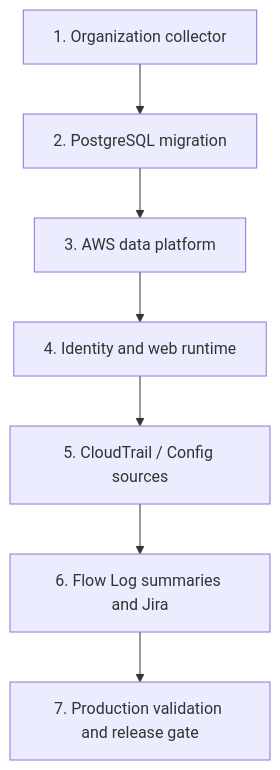
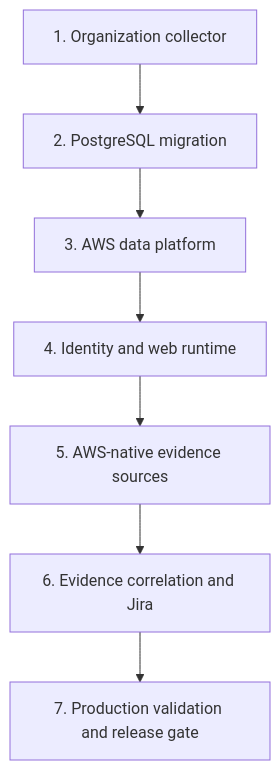
Before and after one commit to jaysonguglietta/gatewatch: the diagram in docs/architecture/AWS_DEPLOYMENT_GUIDE.md, drawn with Mermaid. The commit also changed other lines of this file and 18 other files, not shown here.

Commit message:
feat: ingest AWS-native security evidence

````diff
--- a/docs/architecture/AWS_DEPLOYMENT_GUIDE.md
+++ b/docs/architecture/AWS_DEPLOYMENT_GUIDE.md
@@ -23,9 +23,9 @@
 ```mermaid
 flowchart TD
   A["1. Organization collector"] --> B["2. PostgreSQL migration"]
   B --> C["3. AWS data platform"]
   C --> D["4. Identity and web runtime"]
-  D --> E["5. CloudTrail / Config sources"]
-  E --> F["6. Flow Log summaries and Jira"]
+  D --> E["5. AWS-native evidence sources"]
+  E --> F["6. Evidence correlation and Jira"]
   F --> G["7. Production validation and release gate"]
 ```
````
